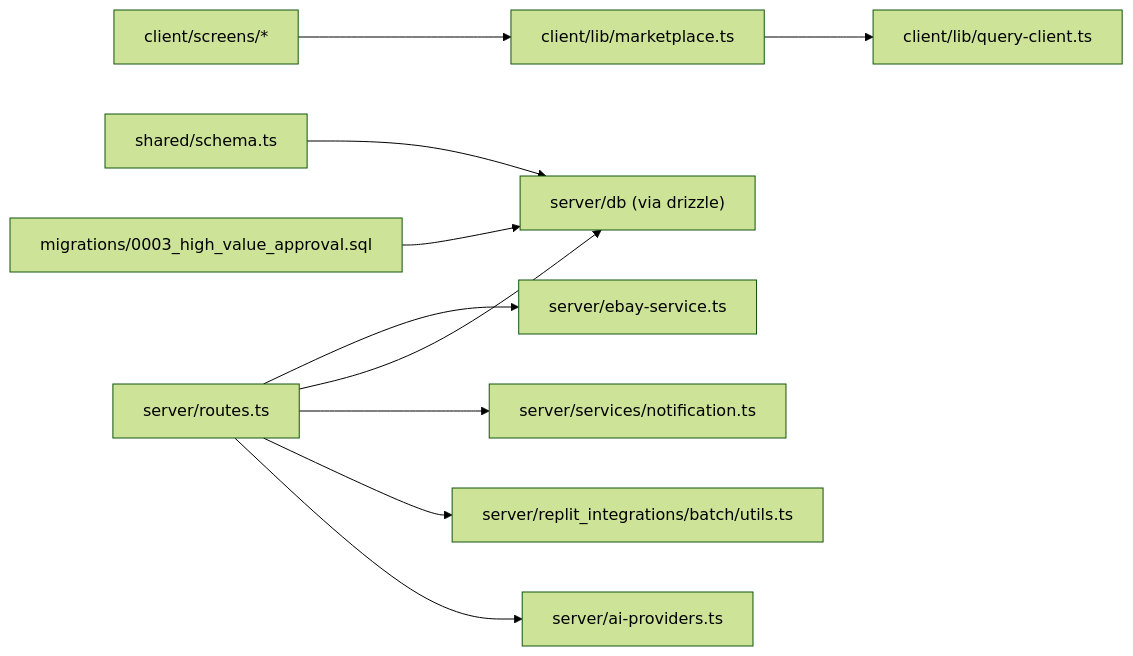
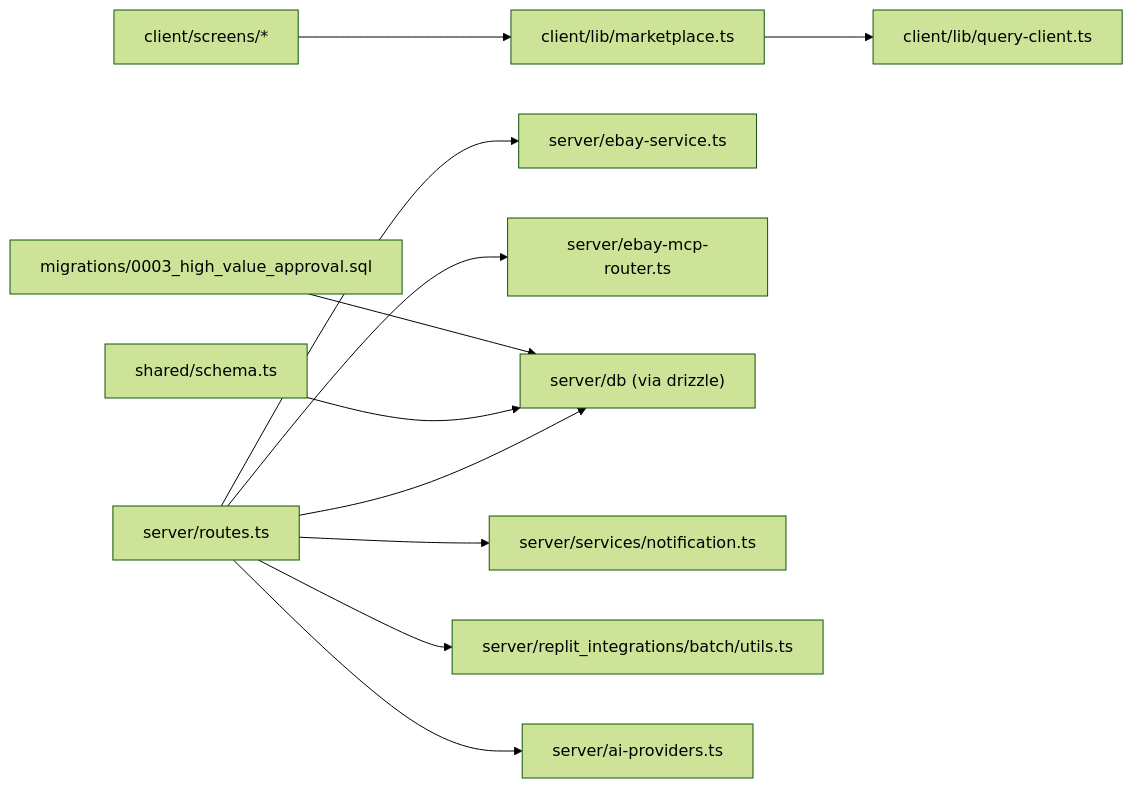
Before and after one commit to hunglevi87/Hidden-Gem: the sixth of 6 diagrams in .qoder/repowiki/en/content/Marketplace Integration/Marketplace Integration.md, drawn with Mermaid (forest theme). The commit also changed other lines of this file and 14 other files, not shown here.

````diff
--- a/.qoder/repowiki/en/content/Marketplace Integration/Marketplace Integration.md
+++ b/.qoder/repowiki/en/content/Marketplace Integration/Marketplace Integration.md
@@ -493,12 +586,13 @@
 ```mermaid
 graph LR
 MP["client/lib/marketplace.ts"] --> QC["client/lib/query-client.ts"]
 UI["client/screens/*"] --> MP
 RT["server/routes.ts"] --> ES["server/ebay-service.ts"]
+RT --> MCP["server/ebay-mcp-router.ts"]
 RT --> DB["server/db (via drizzle)"]
 RT --> NT["server/services/notification.ts"]
 RT --> BT["server/replit_integrations/batch/utils.ts"]
 RT --> AI["server/ai-providers.ts"]
 SC["shared/schema.ts"] --> DB
 MIG["migrations/0003_high_value_approval.sql"] --> DB
 ```
````
